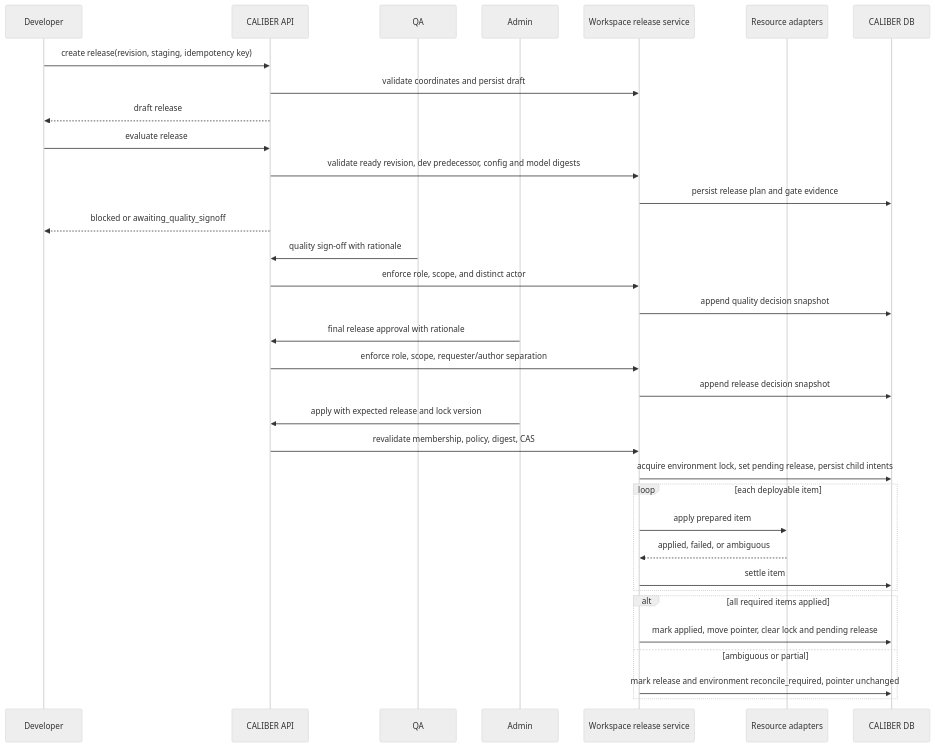
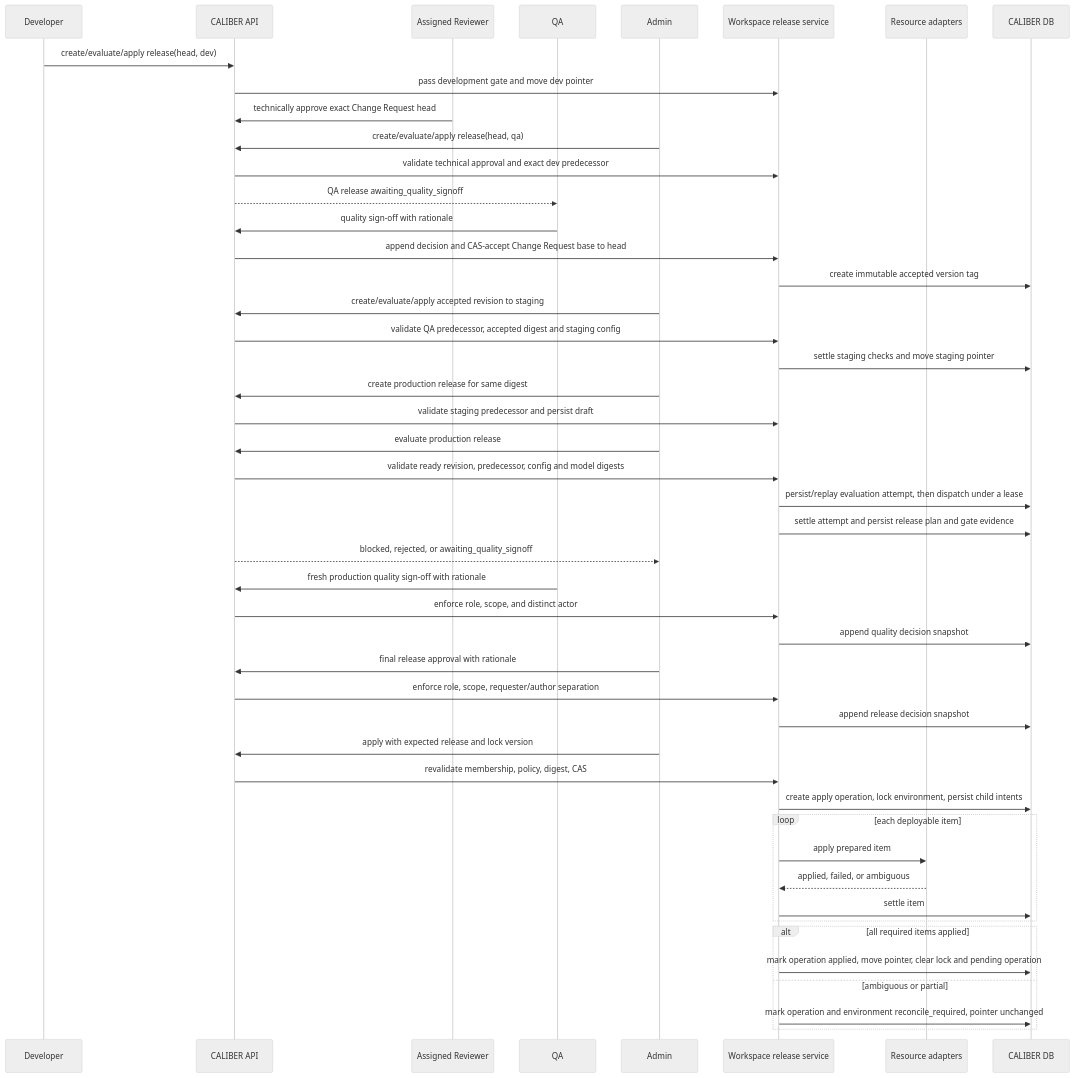
Before and after one commit to rrahimi-uci/caliber-suite: diagram 13 of 16 in docs/workspace-plan.md, drawn with Mermaid (neutral theme). The commit also changed other lines of this file, not shown here.

````diff
--- a/docs/workspace-plan.md
+++ b/docs/workspace-plan.md
@@ -1572,37 +2683,50 @@
 ```mermaid
 sequenceDiagram
     participant E as Developer
     participant API as CALIBER API
-    participant R as QA
+    participant R as Assigned Reviewer
+    participant Q as QA
     participant O as Admin
     participant RS as Workspace release service
     participant A as Resource adapters
     participant DB as CALIBER DB
 
-    E->>API: create release(revision, staging, idempotency key)
-    API->>RS: validate coordinates and persist draft
-    API-->>E: draft release
-    E->>API: evaluate release
-    API->>RS: validate ready revision, dev predecessor, config and model digests
-    RS->>DB: persist release plan and gate evidence
-    API-->>E: blocked or awaiting_quality_signoff
-    R->>API: quality sign-off with rationale
+    E->>API: create/evaluate/apply release(head, dev)
+    API->>RS: pass development gate and move dev pointer
+    R->>API: technically approve exact Change Request head
+    O->>API: create/evaluate/apply release(head, qa)
+    API->>RS: validate technical approval and exact dev predecessor
+    API-->>Q: QA release awaiting_quality_signoff
+    Q->>API: quality sign-off with rationale
+    API->>RS: append decision and CAS-accept Change Request base to head
+    RS->>DB: create immutable accepted version tag
+    O->>API: create/evaluate/apply accepted revision to staging
+    API->>RS: validate QA predecessor, accepted digest and staging config
+    RS->>DB: settle staging checks and move staging pointer
+    O->>API: create production release for same digest
+    API->>RS: validate staging predecessor and persist draft
+    O->>API: evaluate production release
+    API->>RS: validate ready revision, predecessor, config and model digests
+    RS->>DB: persist/replay evaluation attempt, then dispatch under a lease
+    RS->>DB: settle attempt and persist release plan and gate evidence
+    API-->>O: blocked, rejected, or awaiting_quality_signoff
+    Q->>API: fresh production quality sign-off with rationale
     API->>RS: enforce role, scope, and distinct actor
     RS->>DB: append quality decision snapshot
     O->>API: final release approval with rationale
     API->>RS: enforce role, scope, requester/author separation
     RS->>DB: append release decision snapshot
     O->>API: apply with expected release and lock version
     API->>RS: revalidate membership, policy, digest, CAS
-    RS->>DB: acquire environment lock, set pending release, persist child intents
+    RS->>DB: create apply operation, lock environment, persist child intents
     loop each deployable item
         RS->>A: apply prepared item
         A-->>RS: applied, failed, or ambiguous
         RS->>DB: settle item
     end
     alt all required items applied
-        RS->>DB: mark applied, move pointer, clear lock and pending release
+        RS->>DB: mark operation applied, move pointer, clear lock and pending operation
     else ambiguous or partial
-        RS->>DB: mark release and environment reconcile_required, pointer unchanged
+        RS->>DB: mark operation and environment reconcile_required, pointer unchanged
     end
 ```
````
